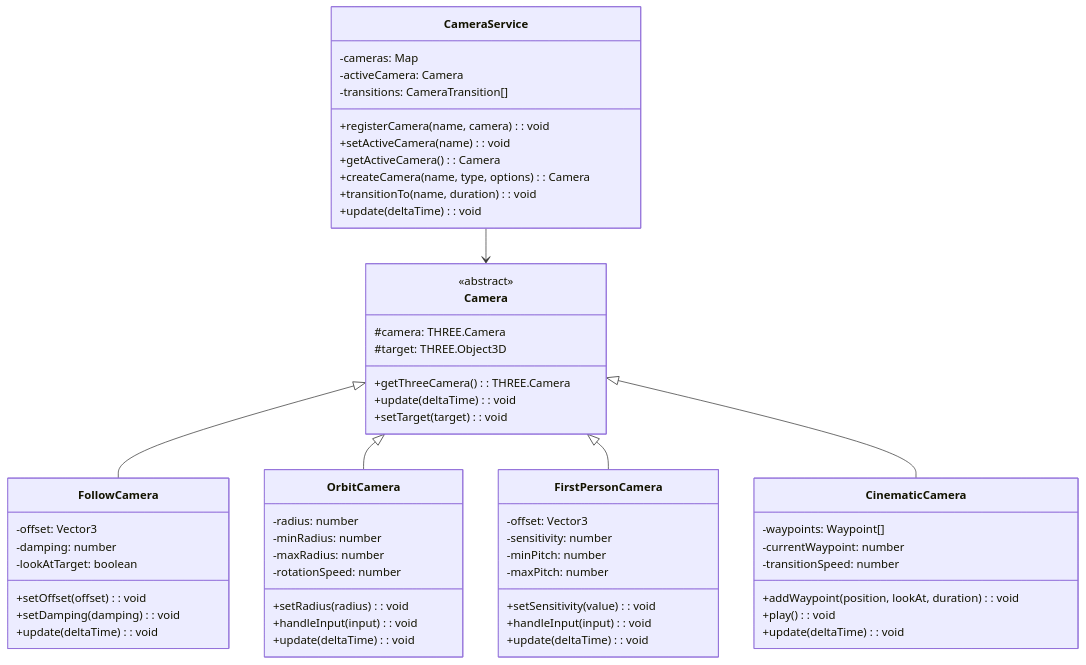
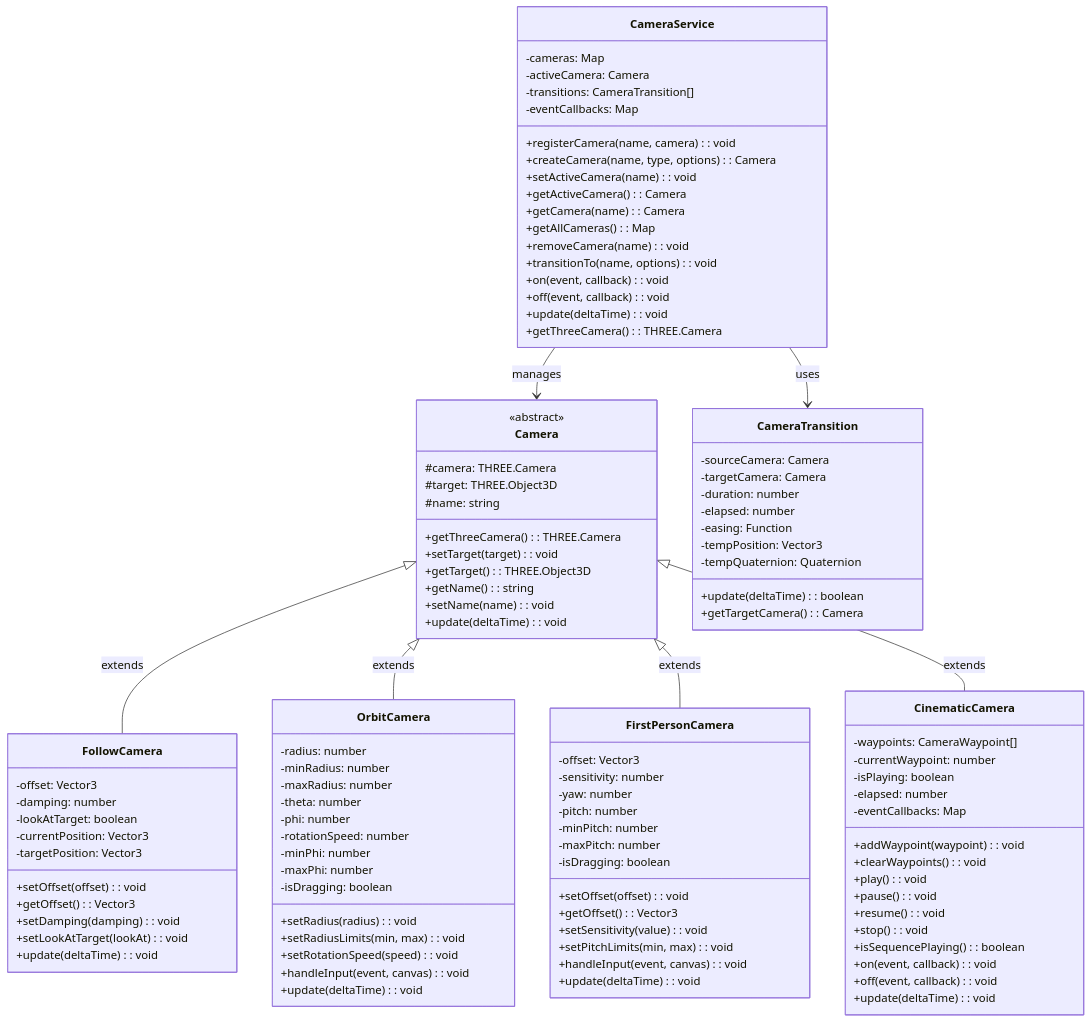
The first of 2 diagrams in docs/foundations/camera-system.md (jonit-dev/vibe-theft-auto), drawn with Mermaid before and after one commit. The commit also changed other lines of this file and 3 other files, not shown here.

````diff
--- a/docs/foundations/camera-system.md
+++ b/docs/foundations/camera-system.md
@@ -12,29 +12,44 @@
         -cameras: Map<string, Camera>
         -activeCamera: Camera
         -transitions: CameraTransition[]
+        -eventCallbacks: Map<string, Function[]>
         +registerCamera(name, camera): void
+        +createCamera(name, type, options): Camera
         +setActiveCamera(name): void
         +getActiveCamera(): Camera
-        +createCamera(name, type, options): Camera
-        +transitionTo(name, duration): void
+        +getCamera(name): Camera
+        +getAllCameras(): Map<string, Camera>
+        +removeCamera(name): void
+        +transitionTo(name, options): void
+        +on(event, callback): void
+        +off(event, callback): void
         +update(deltaTime): void
+        +getThreeCamera(): THREE.Camera
     }
 
     class Camera {
         <<abstract>>
         #camera: THREE.Camera
         #target: THREE.Object3D
+        #name: string
         +getThreeCamera(): THREE.Camera
+        +setTarget(target): void
+        +getTarget(): THREE.Object3D
+        +getName(): string
+        +setName(name): void
         +update(deltaTime): void
-        +setTarget(target): void
     }
 
     class FollowCamera {
         -offset: Vector3
         -damping: number
         -lookAtTarget: boolean
+        -currentPosition: Vector3
+        -targetPosition: Vector3
         +setOffset(offset): void
+        +getOffset(): Vector3
         +setDamping(damping): void
+        +setLookAtTarget(lookAt): void
         +update(deltaTime): void
     }
 
@@ -42,34 +57,69 @@
         -radius: number
         -minRadius: number
         -maxRadius: number
+        -theta: number
+        -phi: number
         -rotationSpeed: number
+        -minPhi: number
+        -maxPhi: number
+        -isDragging: boolean
         +setRadius(radius): void
-        +handleInput(input): void
+        +setRadiusLimits(min, max): void
+        +setRotationSpeed(speed): void
+        +handleInput(event, canvas): void
         +update(deltaTime): void
     }
 
     class FirstPersonCamera {
         -offset: Vector3
         -sensitivity: number
+        -yaw: number
+        -pitch: number
         -minPitch: number
         -maxPitch: number
+        -isDragging: boolean
+        +setOffset(offset): void
+        +getOffset(): Vector3
         +setSensitivity(value): void
-        +handleInput(input): void
+        +setPitchLimits(min, max): void
+        +handleInput(event, canvas): void
         +update(deltaTime): void
     }
 
     class CinematicCamera {
-        -waypoints: Waypoint[]
+        -waypoints: CameraWaypoint[]
         -currentWaypoint: number
-        -transitionSpeed: number
-        +addWaypoint(position, lookAt, duration): void
+        -isPlaying: boolean
+        -elapsed: number
+        -eventCallbacks: Map<string, Function[]>
+        +addWaypoint(waypoint): void
+        +clearWaypoints(): void
         +play(): void
+        +pause(): void
+        +resume(): void
+        +stop(): void
+        +isSequencePlaying(): boolean
+        +on(event, callback): void
+        +off(event, callback): void
         +update(deltaTime): void
     }
 
-    CameraService --> Camera
-    Camera <|-- FollowCamera
-    Camera <|-- OrbitCamera
-    Camera <|-- FirstPersonCamera
-    Camera <|-- CinematicCamera
+    class CameraTransition {
+        -sourceCamera: Camera
+        -targetCamera: Camera
+        -duration: number
+        -elapsed: number
+        -easing: Function
+        -tempPosition: Vector3
+        -tempQuaternion: Quaternion
+        +update(deltaTime): boolean
+        +getTargetCamera(): Camera
+    }
+
+    CameraService --> Camera : manages
+    CameraService --> CameraTransition : uses
+    Camera <|-- FollowCamera : extends
+    Camera <|-- OrbitCamera : extends
+    Camera <|-- FirstPersonCamera : extends
+    Camera <|-- CinematicCamera : extends
 ```
````
